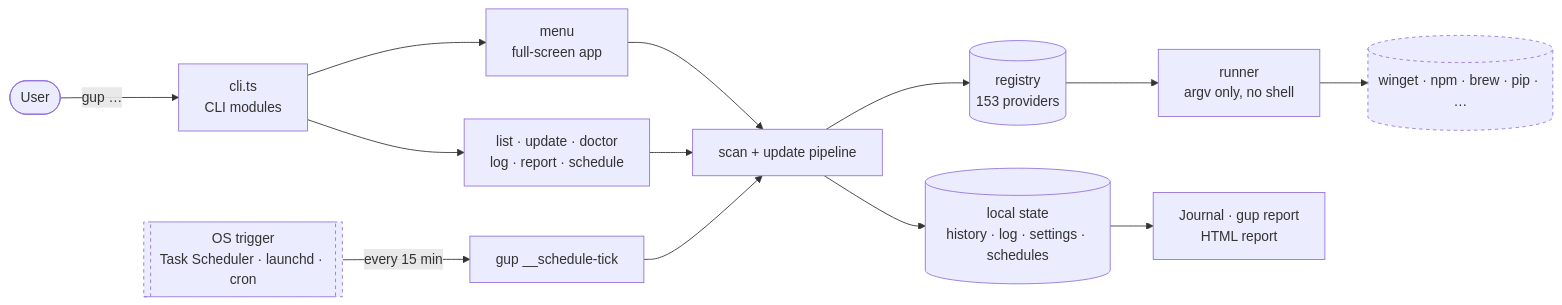
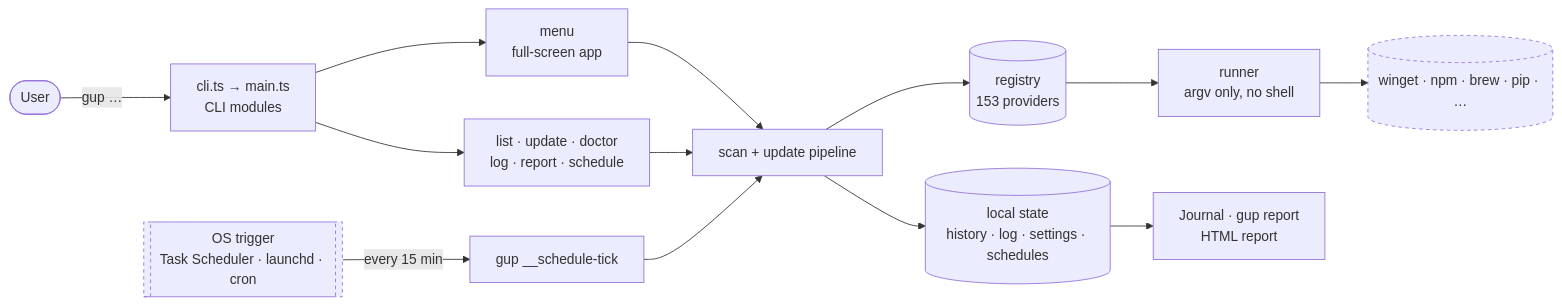
One commit to LINDECKER-Charles/gup changed the first of 12 diagrams in docs/development/architecture.md. Above: the diagram before and after it, drawn with Mermaid. The commit also changed other lines of this file and 16 other files, not shown here.

````diff
--- a/docs/development/architecture.md
+++ b/docs/development/architecture.md
@@ -48,16 +48,16 @@
 ```mermaid
 flowchart LR
-    User([User]) -->|"gup …"| CLI["cli.ts<br/>CLI modules"]
+    User([User]) -->|"gup …"| CLI["cli.ts → main.ts<br/>CLI modules"]
     OS[["OS trigger<br/>Task Scheduler · launchd · cron"]] -->|every 15 min| Tick["gup __schedule-tick"]
     CLI --> Menu["menu<br/>full-screen app"]
     CLI --> Cmds["list · update · doctor<br/>log · report · schedule"]
     Menu & Cmds & Tick --> Engine["scan + update pipeline"]
     Engine --> Registry[("registry<br/>153 providers")]
     Registry --> Runner["runner<br/>argv only, no shell"]
     Runner --> Tools[("winget · npm · brew · pip · …")]
     Engine --> State[("local state<br/>history · log · settings · schedules")]
     State --> Views["Journal · gup report<br/>HTML report"]
 
     classDef boundary stroke-dasharray: 4 4
     class Tools,OS boundary
 ```
````
